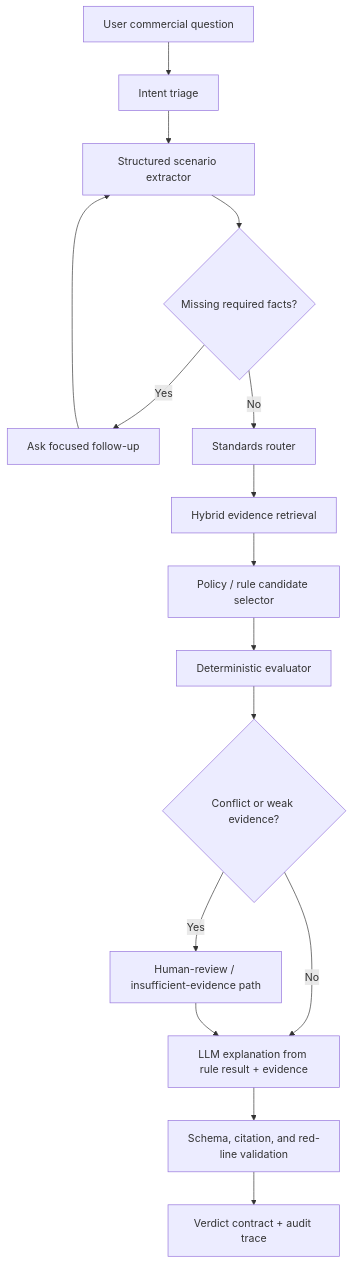
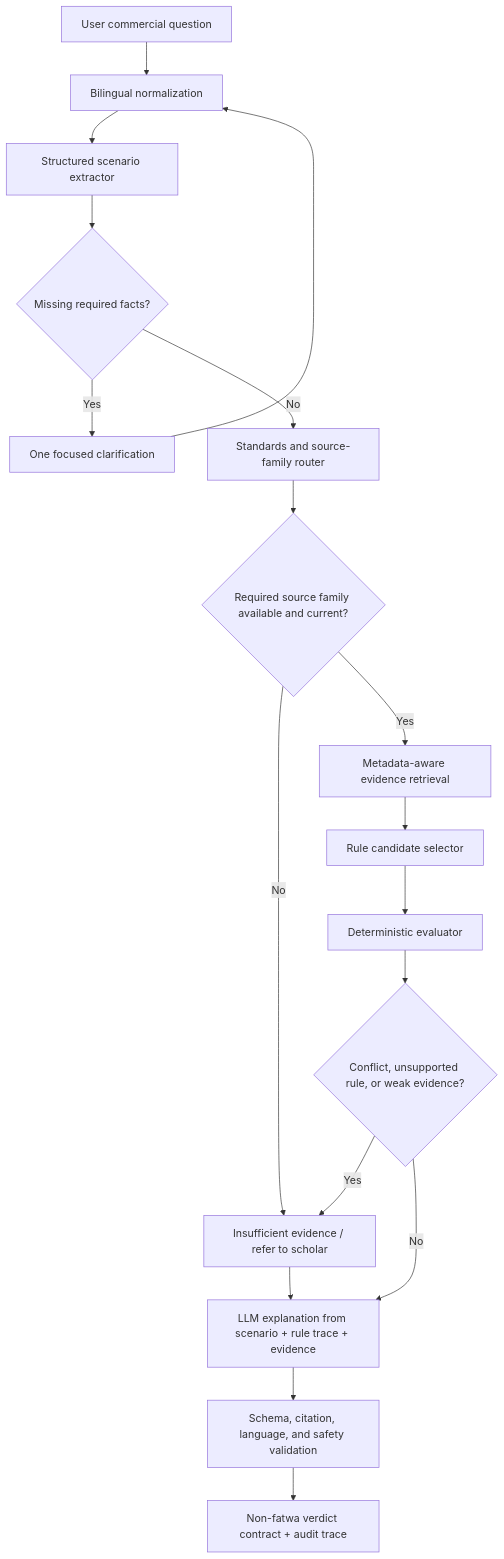
One commit to AhmedTElKodsh/Mushir-Sharia-Bot changed the diagram in .kiro/specs/sharia-compliance-chatbot/next-level-plans/L6-RULES-FIRST-SHARIA-COMMERCIAL-EVALUATOR-PLAN.md. Above: the diagram before and after it, drawn with Mermaid. The commit also changed other lines of this file and 41 other files, not shown here.

````diff
--- a/.kiro/specs/sharia-compliance-chatbot/next-level-plans/L6-RULES-FIRST-SHARIA-COMMERCIAL-EVALUATOR-PLAN.md
+++ b/.kiro/specs/sharia-compliance-chatbot/next-level-plans/L6-RULES-FIRST-SHARIA-COMMERCIAL-EVALUATOR-PLAN.md
@@ -36,18 +54,20 @@
 ```mermaid
 flowchart TD
-    U["User commercial question"] --> I["Intent triage"]
-    I --> S["Structured scenario extractor"]
+    U["User commercial question"] --> N["Bilingual normalization"]
+    N --> S["Structured scenario extractor"]
     S --> M{"Missing required facts?"}
-    M -- "Yes" --> Q["Ask focused follow-up"]
-    Q --> S
-    M -- "No" --> R["Standards router"]
-    R --> E["Hybrid evidence retrieval"]
-    E --> P["Policy / rule candidate selector"]
+    M -- "Yes" --> Q["One focused clarification"]
+    Q --> N
+    M -- "No" --> R["Standards and source-family router"]
+    R --> A{"Required source family available and current?"}
+    A -- "No" --> H["Insufficient evidence / refer to scholar"]
+    A -- "Yes" --> E["Metadata-aware evidence retrieval"]
+    E --> P["Rule candidate selector"]
     P --> X["Deterministic evaluator"]
-    X --> C{"Conflict or weak evidence?"}
-    C -- "Yes" --> H["Human-review / insufficient-evidence path"]
-    C -- "No" --> L["LLM explanation from rule result + evidence"]
+    X --> C{"Conflict, unsupported rule, or weak evidence?"}
+    C -- "Yes" --> H
+    C -- "No" --> L["LLM explanation from scenario + rule trace + evidence"]
     H --> L
-    L --> V["Schema, citation, and red-line validation"]
-    V --> O["Verdict contract + audit trace"]
+    L --> V["Schema, citation, language, and safety validation"]
+    V --> O["Non-fatwa verdict contract + audit trace"]
 ```
````
